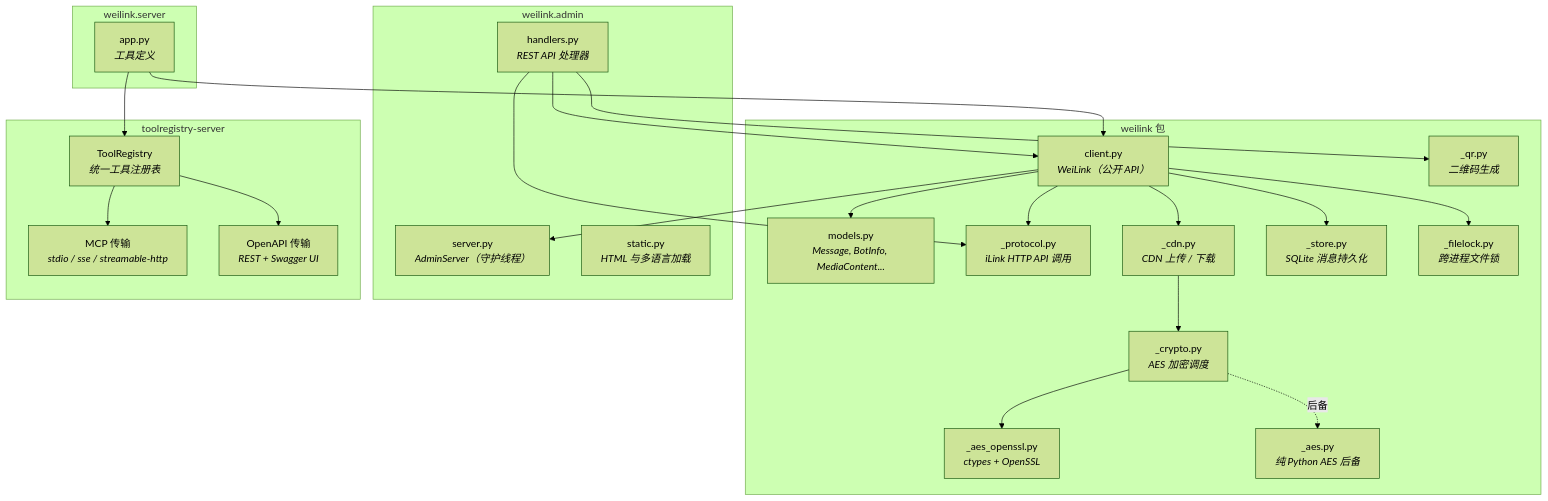
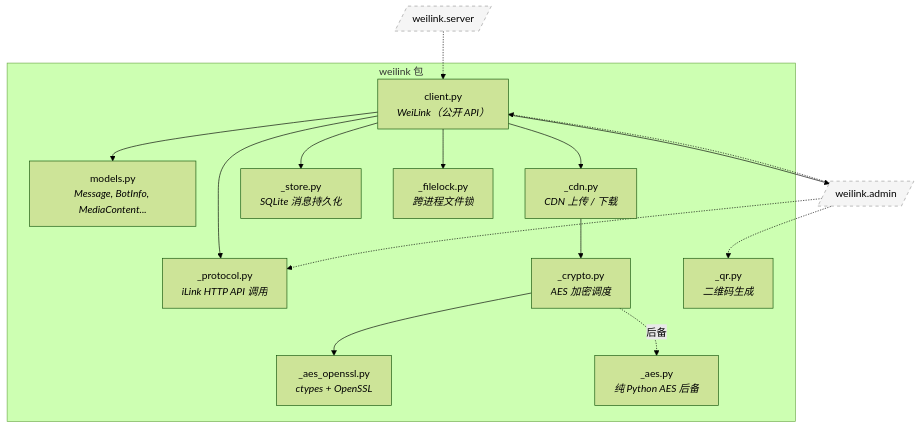
Before and after one commit to Oaklight/weilink: the first of 15 diagrams in docs/architecture.md, drawn with Mermaid (forest theme). The commit also changed other lines of this file and 3 other files, not shown here.

````diff
--- a/docs/architecture.md
+++ b/docs/architecture.md
@@ -7,48 +11,35 @@
 ```mermaid
 graph TB
     subgraph "weilink 包"
         client["client.py<br/><i>WeiLink（公开 API）</i>"]
         models["models.py<br/><i>Message, BotInfo, MediaContent...</i>"]
         protocol["_protocol.py<br/><i>iLink HTTP API 调用</i>"]
         cdn["_cdn.py<br/><i>CDN 上传 / 下载</i>"]
         crypto["_crypto.py<br/><i>AES 加密调度</i>"]
         aes_ssl["_aes_openssl.py<br/><i>ctypes + OpenSSL</i>"]
         aes_py["_aes.py<br/><i>纯 Python AES 后备</i>"]
         qr["_qr.py<br/><i>二维码生成</i>"]
         store["_store.py<br/><i>SQLite 消息持久化</i>"]
         filelock["_filelock.py<br/><i>跨进程文件锁</i>"]
     end
 
-    subgraph "weilink.admin"
-        admin_srv["server.py<br/><i>AdminServer（守护线程）</i>"]
-        admin_hdl["handlers.py<br/><i>REST API 处理器</i>"]
-        admin_stc["static.py<br/><i>HTML 与多语言加载</i>"]
-    end
-
-    subgraph "weilink.server"
-        mcp_srv["app.py<br/><i>工具定义</i>"]
-    end
-
-    subgraph "toolregistry-server"
-        tr["ToolRegistry<br/><i>统一工具注册表</i>"]
-        mcp_out["MCP 传输<br/><i>stdio / sse / streamable-http</i>"]
-        openapi_out["OpenAPI 传输<br/><i>REST + Swagger UI</i>"]
-    end
-
     client --> protocol
     client --> cdn
     client --> models
-    client --> admin_srv
     client --> store
     client --> filelock
     cdn --> crypto
     crypto --> aes_ssl
     crypto -.->|后备| aes_py
-    admin_hdl --> protocol
-    admin_hdl --> qr
-    admin_hdl --> client
-    mcp_srv --> tr
-    tr --> mcp_out
-    tr --> openapi_out
-    mcp_srv --> client
+
+    admin[/"weilink.admin"/]
+    server[/"weilink.server"/]
+    client --> admin
+    admin -.-> client
+    admin -.-> protocol
+    admin -.-> qr
+    server -.-> client
+
+    classDef ext fill:#f5f5f5,stroke:#999,stroke-dasharray:5 5
+    class admin,server ext
 ```
````
